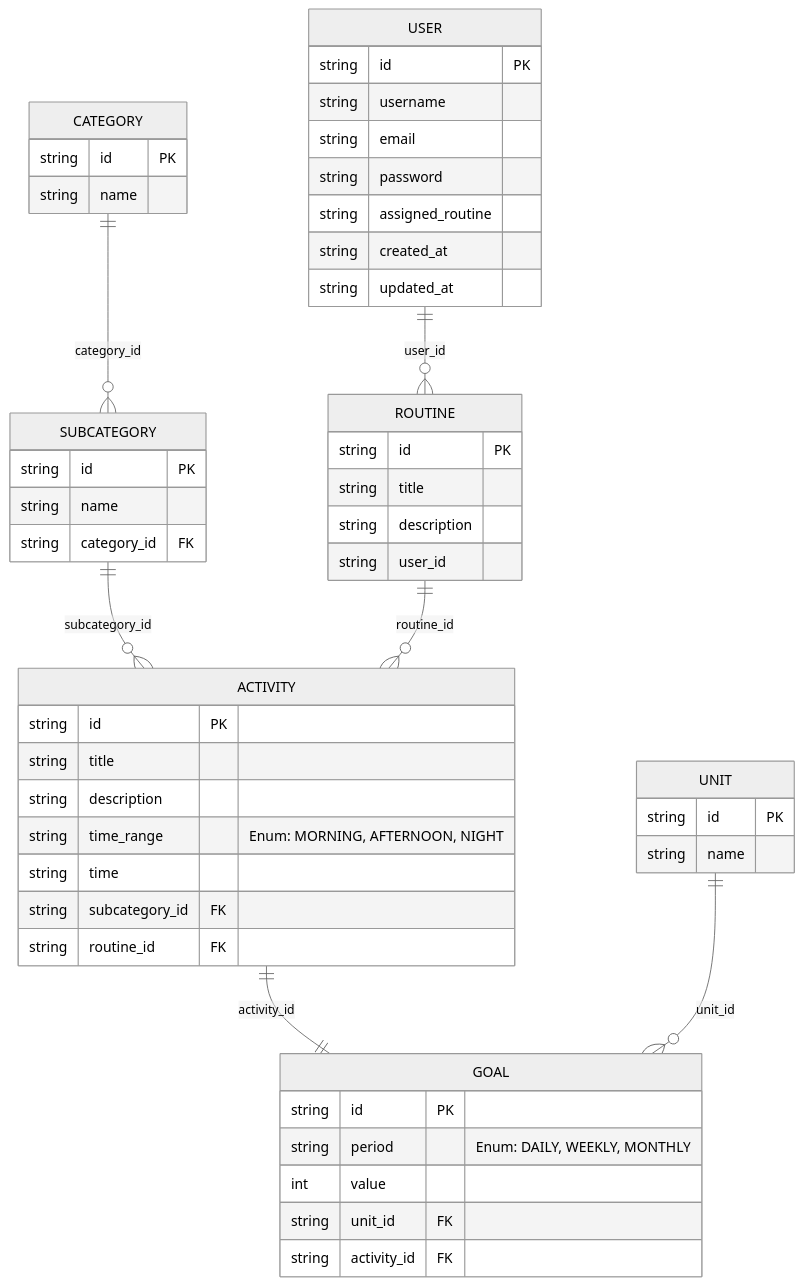
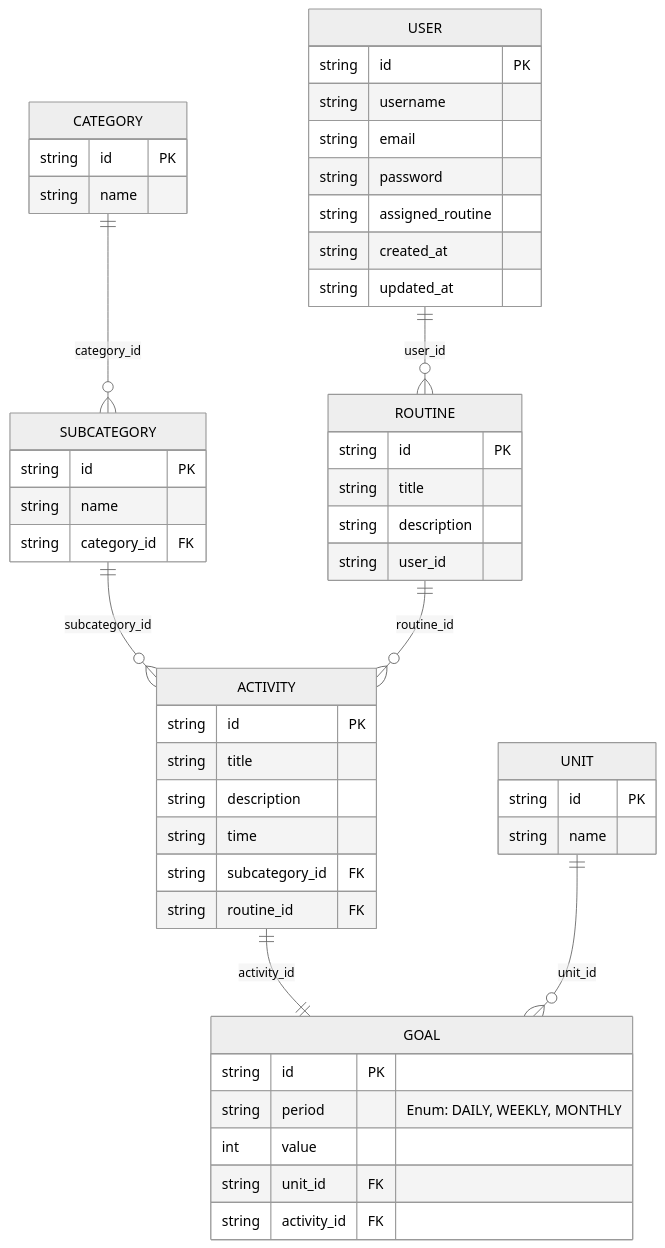
Before and after one commit to No-Country-simulation/c24-34-t-webapp: the diagram in README.md, drawn with Mermaid (neutral theme). The commit also changed 12 other files, not shown here.

Commit message:
task: remove time range field

````diff
--- a/README.md
+++ b/README.md
@@ -21,60 +21,59 @@
 ```mermaid
 erDiagram
     USER {
         string id PK
         string username
         string email
         string password
         string assigned_routine
         string created_at
         string updated_at
     }
 
     CATEGORY {
         string id PK
         string name
     }
 
     SUBCATEGORY {
         string id PK
         string name
         string category_id FK
     }
 
     ACTIVITY {
         string id PK
         string title
         string description
-        string time_range "Enum: MORNING, AFTERNOON, NIGHT"
         string time
         string subcategory_id FK
         string routine_id FK
     }
 
     GOAL {
         string id PK
         string period "Enum: DAILY, WEEKLY, MONTHLY"
         int value
         string unit_id FK
         string activity_id FK
     }
 
     UNIT {
         string id PK
         string name
     }
 
     ROUTINE {
         string id PK
         string title
         string description
         string user_id
     }
 
     CATEGORY ||--o{ SUBCATEGORY : "category_id"
     SUBCATEGORY ||--o{ ACTIVITY : "subcategory_id"
     ACTIVITY ||--|| GOAL : "activity_id"
     UNIT ||--o{ GOAL : "unit_id"
     ROUTINE ||--o{ ACTIVITY : "routine_id"
     USER ||--o{ ROUTINE : "user_id"
 ```
````
